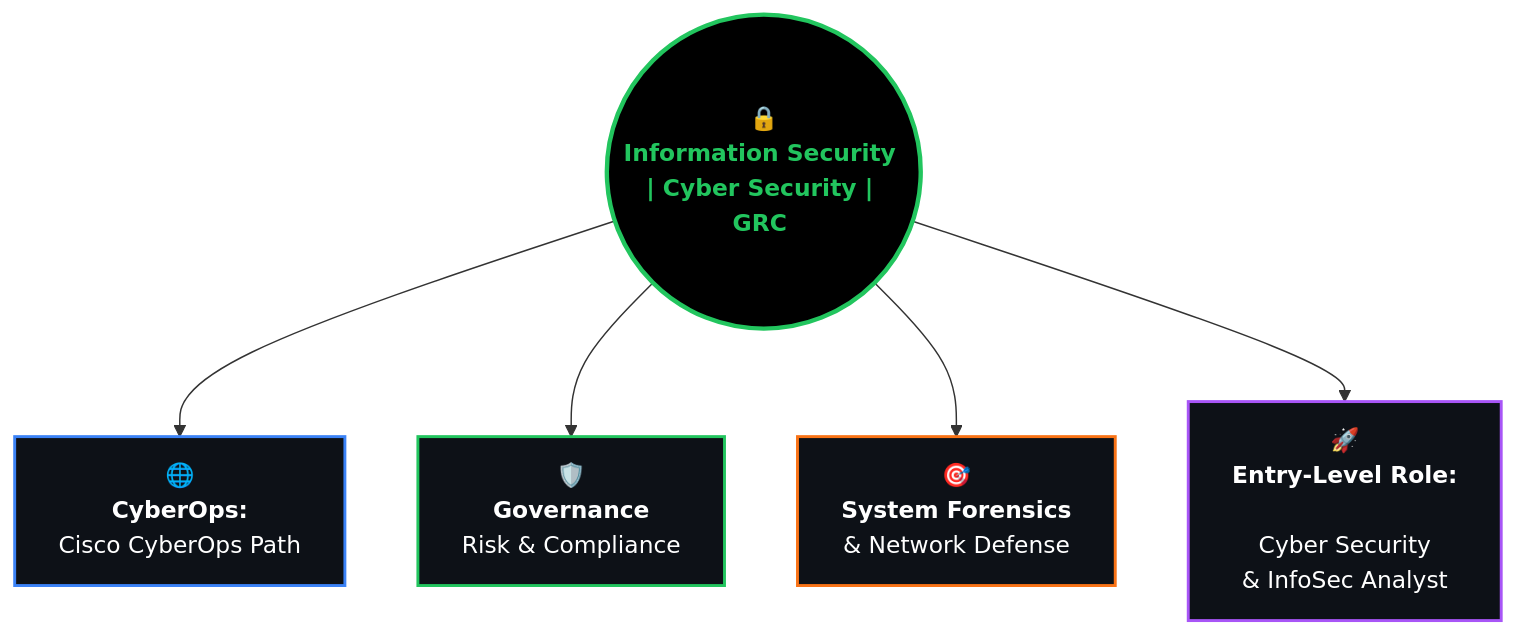
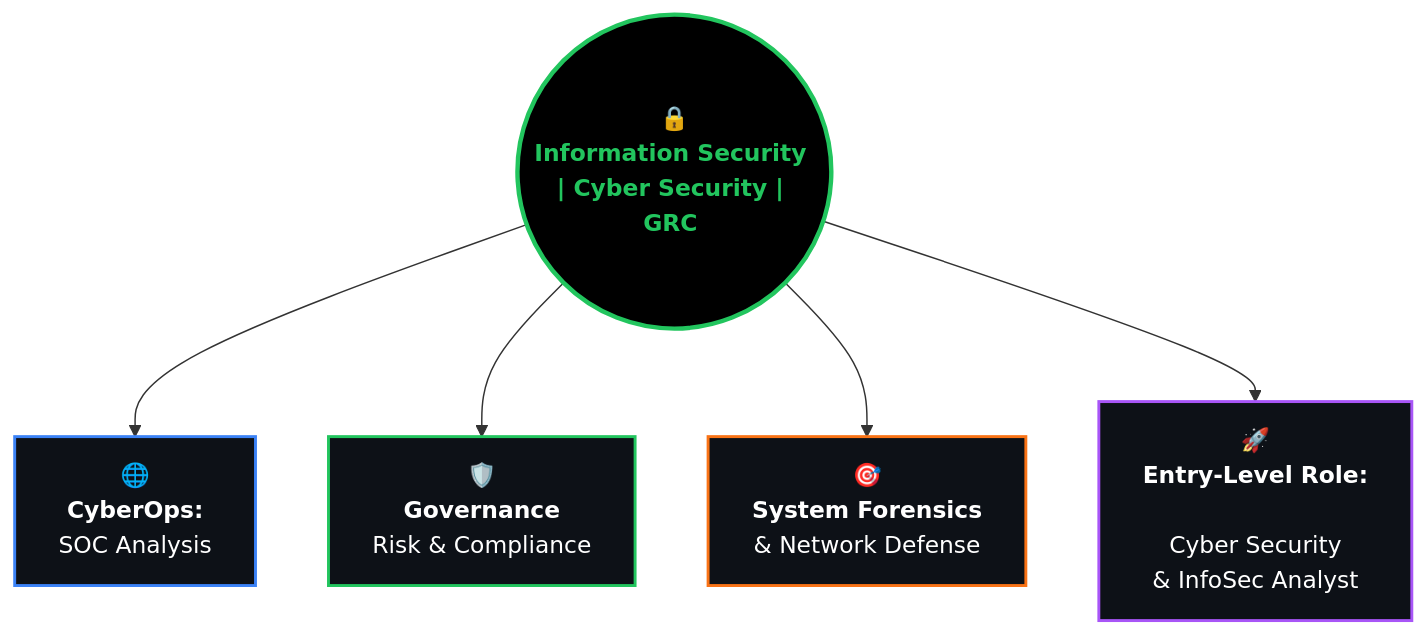
The diagram in README.md (oforidzam/agomatsa), drawn with Mermaid before and after one commit.

Commit message:
Update CyberOps section in README.md

````diff
--- a/README.md
+++ b/README.md
@@ -39,14 +39,14 @@
 ```mermaid
 flowchart TD
     Z(("🔒<br/><b>Information Security | Cyber Security | GRC <br/</b>"))
-    Z --> A["🌐<br/><b>CyberOps:</b><br/>Cisco CyberOps Path"]
+    Z --> A["🌐<br/><b>CyberOps:</b><br/>SOC Analysis"]
     Z --> B["🛡️<br/><b>Governance </b><br/>Risk & Compliance"]
     Z --> C["🎯<br/><b>System Forensics </b><br/> & Network Defense"]
     Z --> D["🚀<br/><b>Entry-Level Role: </b><br/><br>Cyber Security </br>& InfoSec Analyst"]
 
     style Z fill:#000000,stroke:#22c55e,stroke-width:3px,color:#22c55e
     style A fill:#0d1117,stroke:#3b82f6,stroke-width:2px,color:#fff
     style B fill:#0d1117,stroke:#22c55e,stroke-width:2px,color:#fff
     style C fill:#0d1117,stroke:#f97316,stroke-width:2px,color:#fff
     style D fill:#0d1117,stroke:#a855f7,stroke-width:2px,color:#fff
 ```
````
